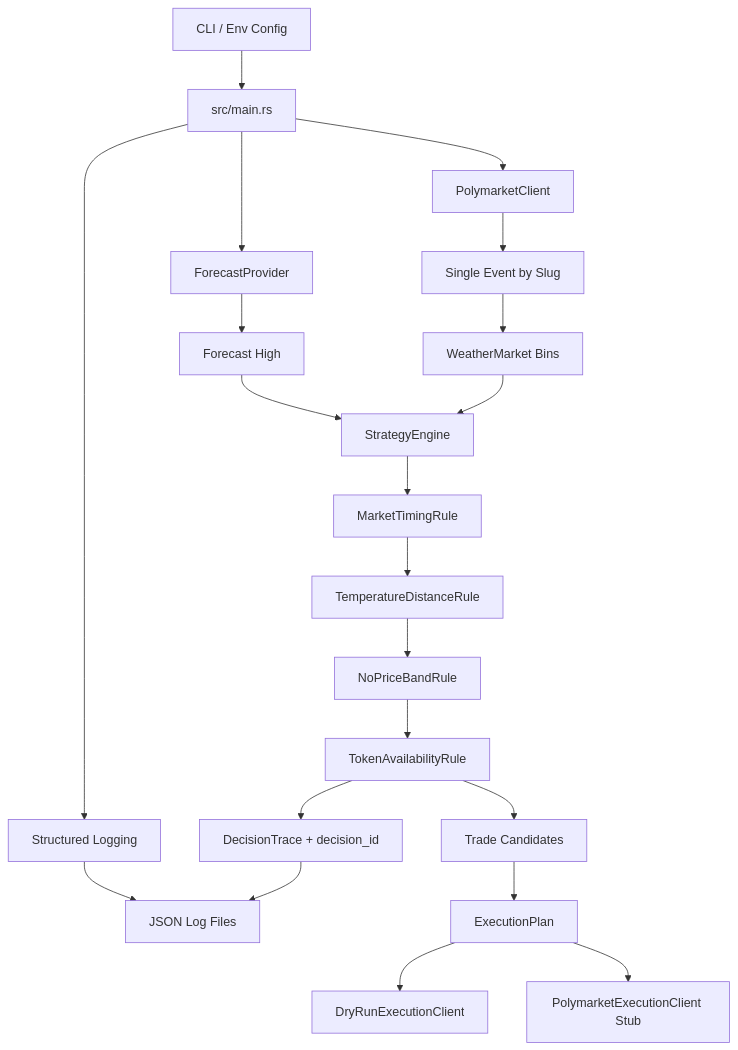
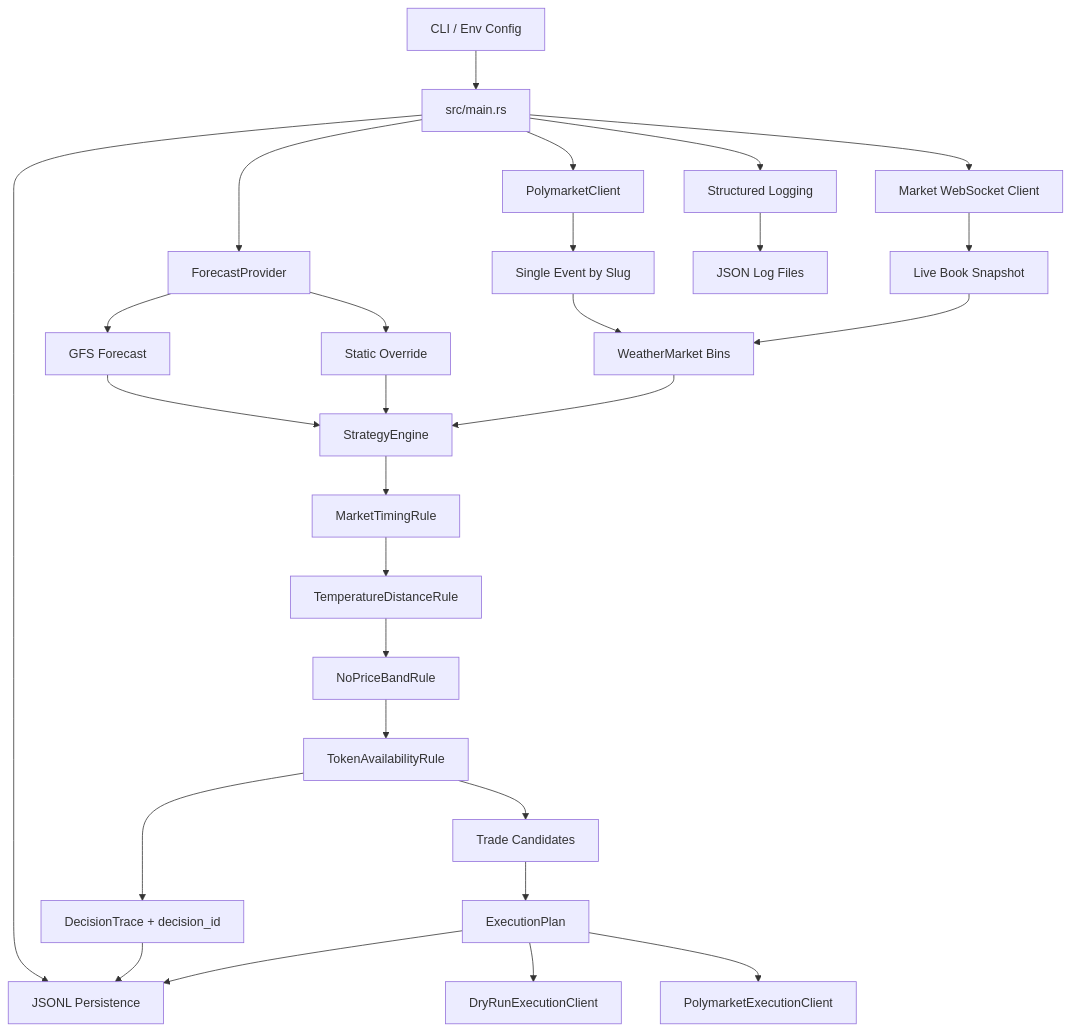
Before and after one commit to kangyining/poly: the diagram in README.md, drawn with Mermaid. The commit also changed other lines of this file and 12 other files, not shown here.

````diff
--- a/README.md
+++ b/README.md
@@ -20,28 +22,35 @@
 ```mermaid
 flowchart TD
     CLI[CLI / Env Config] --> Main[src/main.rs]
     Main --> Logging[Structured Logging]
+    Main --> Store[JSONL Persistence]
     Main --> Weather[ForecastProvider]
     Main --> Poly[PolymarketClient]
+    Main --> MarketWS[Market WebSocket Client]
 
-    Weather --> Forecast[Forecast High]
+    Weather --> GFS[GFS Forecast]
+    Weather --> Static[Static Override]
     Poly --> Event[Single Event by Slug]
     Event --> Markets[WeatherMarket Bins]
+    MarketWS --> Books[Live Book Snapshot]
+    Books --> Markets
 
-    Forecast --> Engine[StrategyEngine]
+    GFS --> Engine[StrategyEngine]
+    Static --> Engine
     Markets --> Engine
 
     Engine --> Timing[MarketTimingRule]
     Timing --> Distance[TemperatureDistanceRule]
     Distance --> Price[NoPriceBandRule]
     Price --> Token[TokenAvailabilityRule]
 
     Token --> Trace[DecisionTrace + decision_id]
     Token --> Candidates[Trade Candidates]
     Candidates --> Plan[ExecutionPlan]
     Plan --> DryRun[DryRunExecutionClient]
-    Plan --> LiveStub[PolymarketExecutionClient Stub]
+    Plan --> LiveExec[PolymarketExecutionClient]
 
+    Trace --> Store
+    Plan --> Store
     Logging --> LogFile[JSON Log Files]
-    Trace --> LogFile
 ```
````
